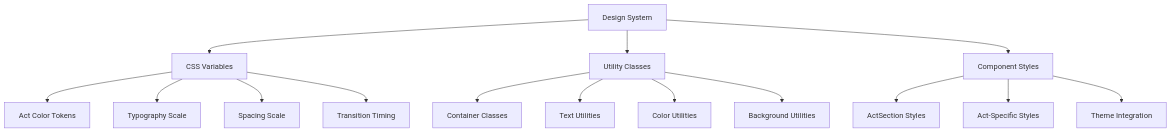
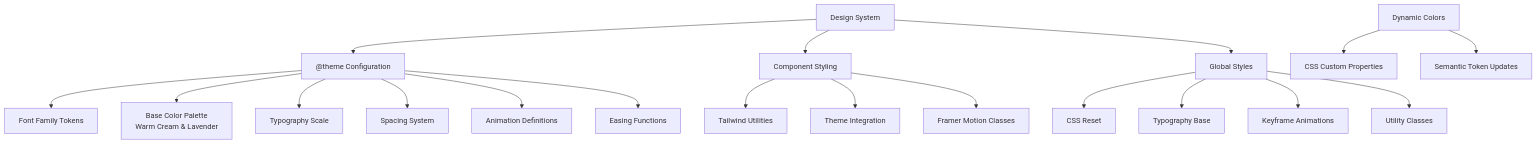
One commit to rakeshmaity271/frankie-picasso changed the fifth of 10 diagrams in .qoder/repowiki/en/content/Application Architecture.md. Above: the diagram before and after it, drawn with Mermaid. The commit also changed other lines of this file and 38 other files, not shown here.

First line of the commit message:
fix(ui): reduce spacing, fix text visibility, center book description

````diff
--- a/.qoder/repowiki/en/content/Application Architecture.md
+++ b/.qoder/repowiki/en/content/Application Architecture.md
@@ -354,17 +570,21 @@
 ```mermaid
 graph TB
-DesignSystem["Design System"] --> Variables["CSS Variables"]
-Variables --> ActColors["Act Color Tokens"]
-Variables --> Typography["Typography Scale"]
-Variables --> Spacing["Spacing Scale"]
-Variables --> Transitions["Transition Timing"]
-DesignSystem --> Utilities["Utility Classes"]
-Utilities --> Containers["Container Classes"]
-Utilities --> TextUtils["Text Utilities"]
-Utilities --> ColorUtils["Color Utilities"]
-Utilities --> BackgroundUtils["Background Utilities"]
-DesignSystem --> Components["Component Styles"]
-Components --> ActSectionStyles["ActSection Styles"]
-Components --> ActSpecificStyles["Act-Specific Styles"]
-Components --> ThemeIntegration["Theme Integration"]
+DesignSystem["Design System"] --> TailwindConfig["@theme Configuration"]
+TailwindConfig --> FontFamilies["Font Family Tokens"]
+TailwindConfig --> ColorPalette["Base Color Palette<br/>Warm Cream & Lavender"]
+TailwindConfig --> Typography["Typography Scale"]
+TailwindConfig --> Spacing["Spacing System"]
+TailwindConfig --> Animations["Animation Definitions"]
+TailwindConfig --> Easings["Easing Functions"]
+DesignSystem --> ComponentStyles["Component Styling"]
+ComponentStyles --> UtilityClasses["Tailwind Utilities"]
+ComponentStyles --> ThemeIntegration["Theme Integration"]
+ComponentStyles --> MotionClasses["Framer Motion Classes"]
+DesignSystem --> GlobalStyles["Global Styles"]
+GlobalStyles --> BaseReset["CSS Reset"]
+GlobalStyles --> TypographyBase["Typography Base"]
+GlobalStyles --> Keyframes["Keyframe Animations"]
+GlobalStyles --> Utilities["Utility Classes"]
+DynamicColors["Dynamic Colors"] --> CSSVariables["CSS Custom Properties"]
+DynamicColors --> ThemeTokens["Semantic Token Updates"]
 ```
````
